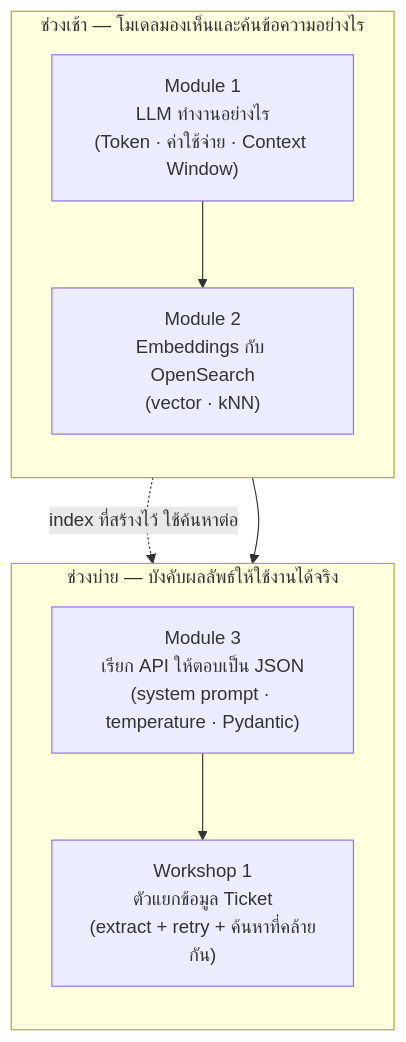
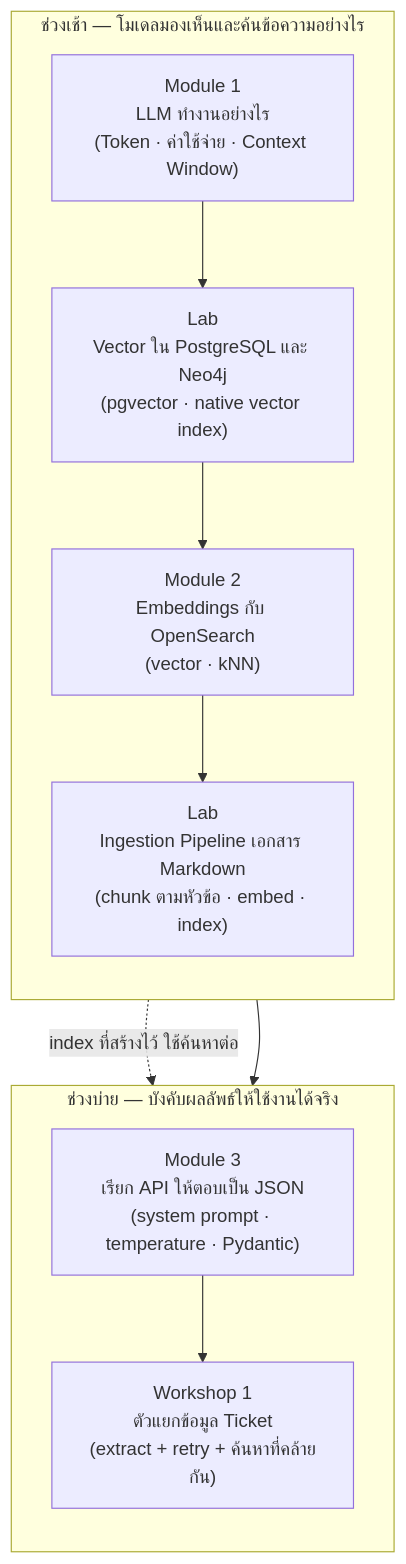
Before and after one commit to LLM-CE-KMITL/mcp-workshop: the diagram in INSTRUCTIONS/day1/00-day1-overview.md, drawn with Mermaid. The commit also changed other lines of this file and 9 other files, not shown here.

````diff
--- a/INSTRUCTIONS/day1/00-day1-overview.md
+++ b/INSTRUCTIONS/day1/00-day1-overview.md
@@ -9,16 +25,18 @@
 ```mermaid
 flowchart TD
     subgraph M["ช่วงเช้า — โมเดลมองเห็นและค้นข้อความอย่างไร"]
         direction TB
-        M1["Module 1<br/>LLM ทำงานอย่างไร<br/>(Token · ค่าใช้จ่าย · Context Window)"] --> M2["Module 2<br/>Embeddings กับ OpenSearch<br/>(vector · kNN)"]
+        M1["Module 1<br/>LLM ทำงานอย่างไร<br/>(Token · ค่าใช้จ่าย · Context Window)"] --> L1["Lab<br/>Vector ใน PostgreSQL และ Neo4j<br/>(pgvector · native vector index)"]
+        L1 --> M2["Module 2<br/>Embeddings กับ OpenSearch<br/>(vector · kNN)"]
+        M2 --> L2["Lab<br/>Ingestion Pipeline เอกสาร Markdown<br/>(chunk ตามหัวข้อ · embed · index)"]
     end
 
-    M2 --> A
+    L2 --> A
 
     subgraph A["ช่วงบ่าย — บังคับผลลัพธ์ให้ใช้งานได้จริง"]
         direction TB
         A1["Module 3<br/>เรียก API ให้ตอบเป็น JSON<br/>(system prompt · temperature · Pydantic)"] --> A2["Workshop 1<br/>ตัวแยกข้อมูล Ticket<br/>(extract + retry + ค้นหาที่คล้ายกัน)"]
     end
 
     M2 -.->|"index ที่สร้างไว้ ใช้ค้นหาต่อ"| A2
 ```
````
